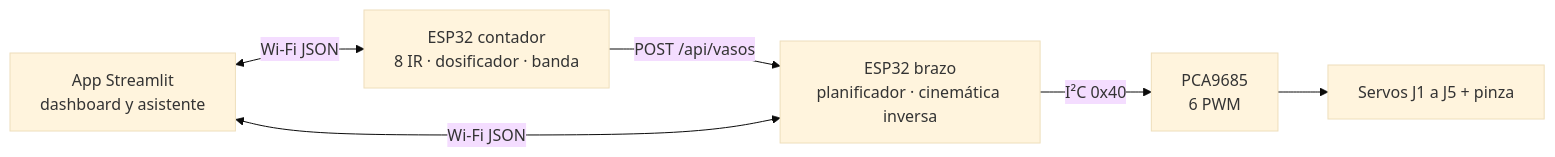
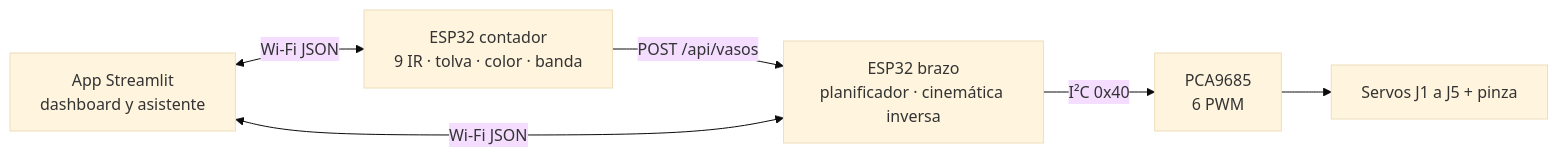
Before and after one commit to Johan-C777/coin-sorting-robot-pybullet: the second of 2 diagrams in README.md, drawn with Mermaid (base theme). The commit also changed other lines of this file and 66 other files, not shown here.

````diff
--- a/README.md
+++ b/README.md
@@ -166,12 +196,12 @@
 ```mermaid
 flowchart LR
-    C["ESP32 contador<br/>8 IR · dosificador · banda"]
+    C["ESP32 contador<br/>9 IR · tolva · color · banda"]
     B["ESP32 brazo<br/>planificador · cinemática inversa"]
     PCA["PCA9685<br/>6 PWM"]
     SRV["Servos J1 a J5 + pinza"]
     APP["App Streamlit<br/>dashboard y asistente"]
     C -->|"POST /api/vasos"| B
     APP <-->|"Wi-Fi JSON"| C
     APP <-->|"Wi-Fi JSON"| B
     B -->|"I²C 0x40"| PCA --> SRV
 ```
````
